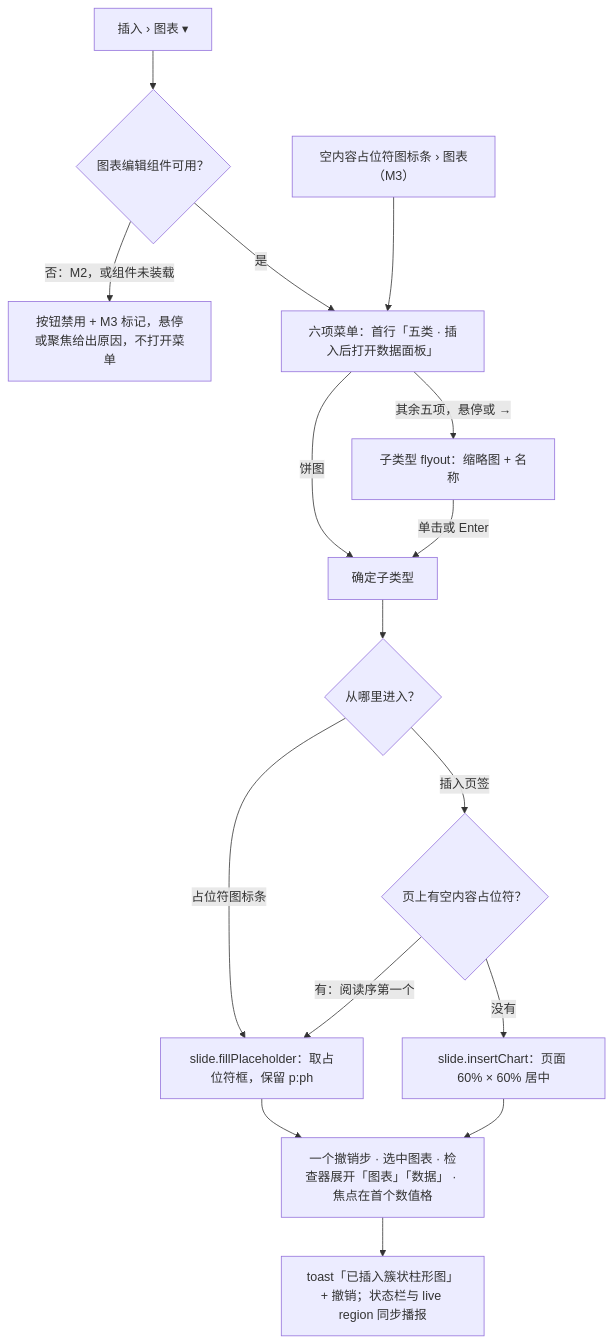
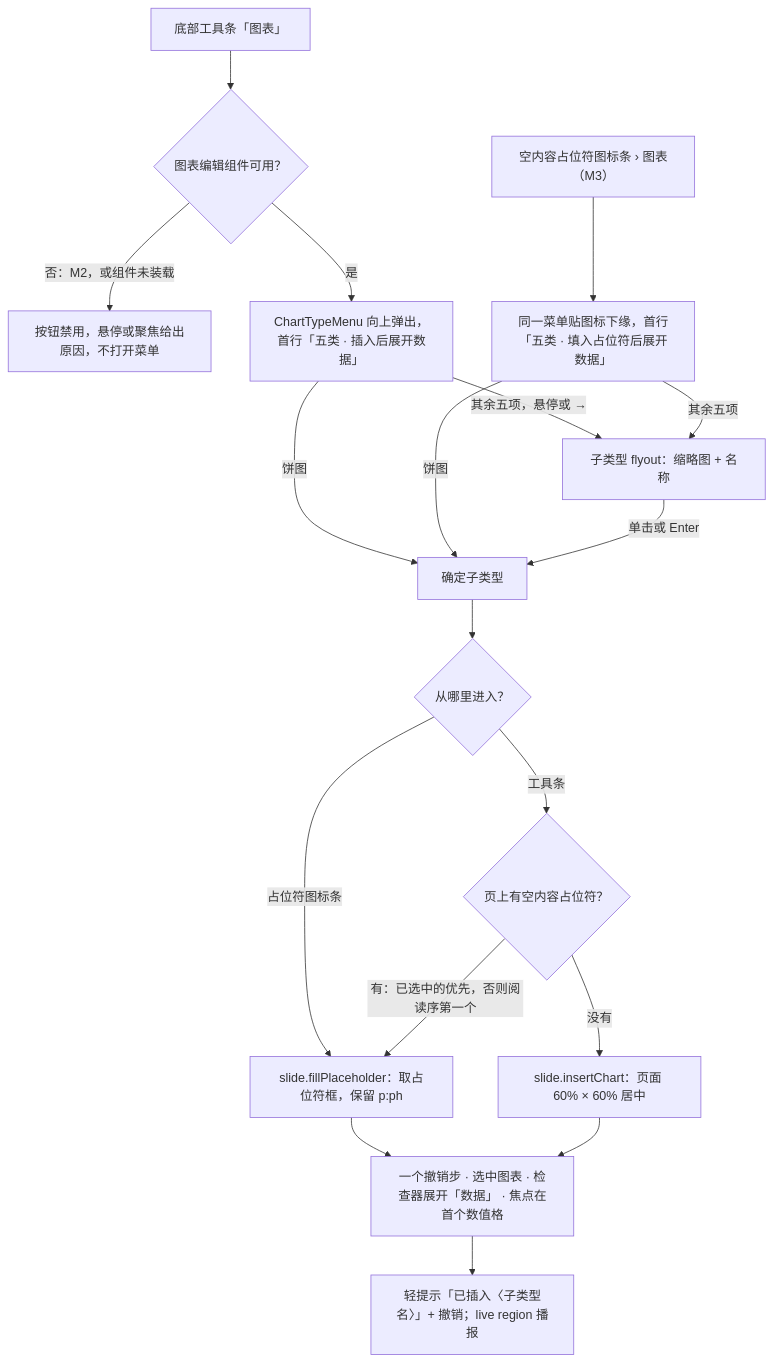
Before and after one commit to Xeonice/cordis-ppt-editor: the first of 5 diagrams in docs/20-design/03-screens/31-chart-editing.md, drawn with Mermaid. The commit also changed other lines of this file and 44 other files, not shown here.

````diff
--- a/docs/20-design/03-screens/31-chart-editing.md
+++ b/docs/20-design/03-screens/31-chart-editing.md
@@ -93,18 +141,20 @@
 ```mermaid
 flowchart TB
-  btn["插入 › 图表 ▾"] --> ok{"图表编辑组件可用？"}
-  ok -->|"否：M2，或组件未装载"| off["按钮禁用 + M3 标记，悬停或聚焦给出原因，不打开菜单"]
-  ok -->|"是"| menu["六项菜单：首行「五类 · 插入后打开数据面板」"]
+  btn["底部工具条「图表」"] --> ok{"图表编辑组件可用？"}
+  ok -->|"否：M2，或组件未装载"| off["按钮禁用，悬停或聚焦给出原因，不打开菜单"]
+  ok -->|"是"| menu["ChartTypeMenu 向上弹出，首行「五类 · 插入后展开数据」"]
+  ph["空内容占位符图标条 › 图表（M3）"] --> phmenu["同一菜单贴图标下缘，首行「五类 · 填入占位符后展开数据」"]
   menu -->|"饼图"| pick["确定子类型"]
+  phmenu -->|"饼图"| pick
   menu -->|"其余五项，悬停或 →"| fly["子类型 flyout：缩略图 + 名称"]
+  phmenu -->|"其余五项"| fly
   fly -->|"单击或 Enter"| pick
-  bar["空内容占位符图标条 › 图表（M3）"] --> menu
   pick --> where{"从哪里进入？"}
   where -->|"占位符图标条"| fill["slide.fillPlaceholder：取占位符框，保留 p:ph"]
-  where -->|"插入页签"| empty{"页上有空内容占位符？"}
-  empty -->|"有：阅读序第一个"| fill
+  where -->|"工具条"| empty{"页上有空内容占位符？"}
+  empty -->|"有：已选中的优先，否则阅读序第一个"| fill
   empty -->|"没有"| ins["slide.insertChart：页面 60% × 60% 居中"]
-  fill --> after["一个撤销步 · 选中图表 · 检查器展开「图表」「数据」 · 焦点在首个数值格"]
+  fill --> after["一个撤销步 · 选中图表 · 检查器展开「数据」 · 焦点在首个数值格"]
   ins --> after
-  after --> tell["toast「已插入簇状柱形图」+ 撤销；状态栏与 live region 同步播报"]
+  after --> tell["轻提示「已插入〈子类型名〉」+ 撤销；live region 播报"]
 ```
````
